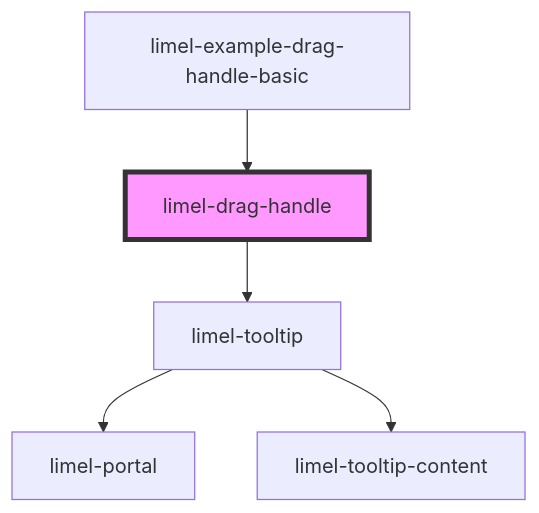
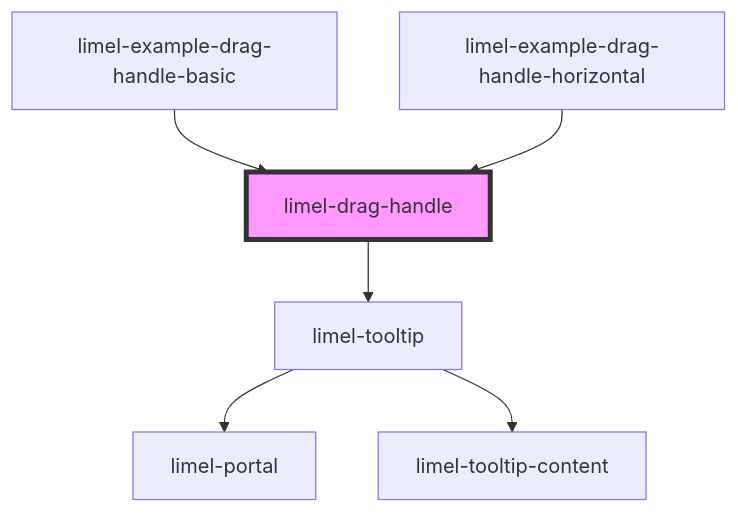
Before and after one commit to Lundalogik/lime-elements: the diagram in versions/PR-3736/markdown-docs/components/drag-handle/readme.md, drawn with Mermaid. The commit also changed other lines of this file and 9 other files, not shown here.

````diff
--- a/versions/PR-3736/markdown-docs/components/drag-handle/readme.md
+++ b/versions/PR-3736/markdown-docs/components/drag-handle/readme.md
@@ -48,8 +49,9 @@
 ```mermaid
 graph TD;
   limel-drag-handle --> limel-tooltip
   limel-tooltip --> limel-portal
   limel-tooltip --> limel-tooltip-content
   limel-example-drag-handle-basic --> limel-drag-handle
+  limel-example-drag-handle-horizontal --> limel-drag-handle
   style limel-drag-handle fill:#f9f,stroke:#333,stroke-width:4px
 ```
````
